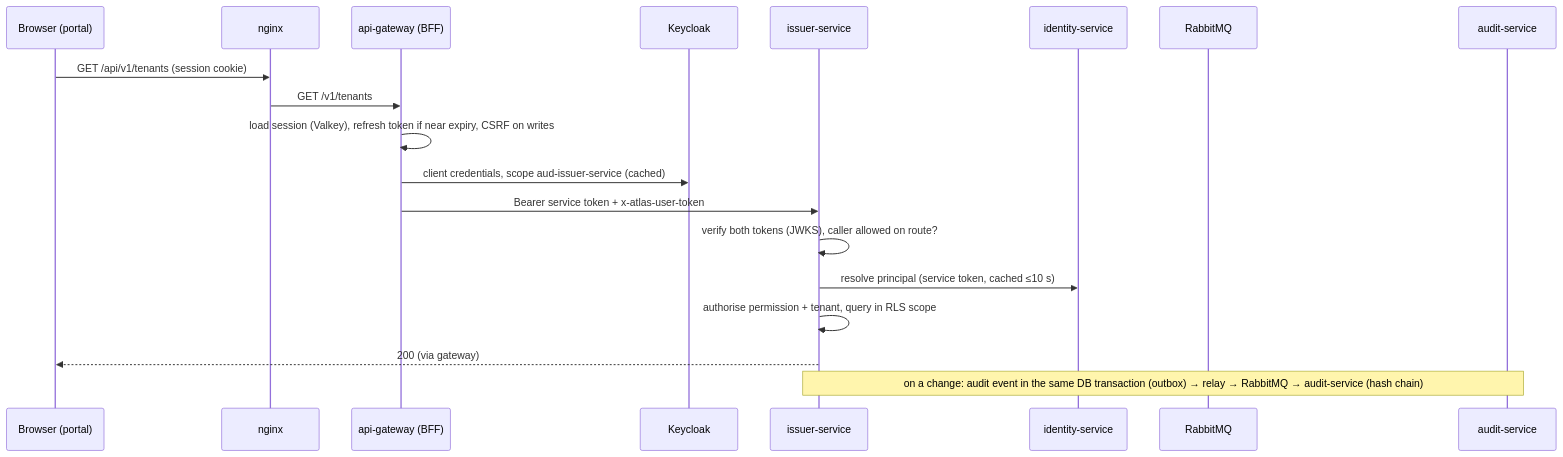
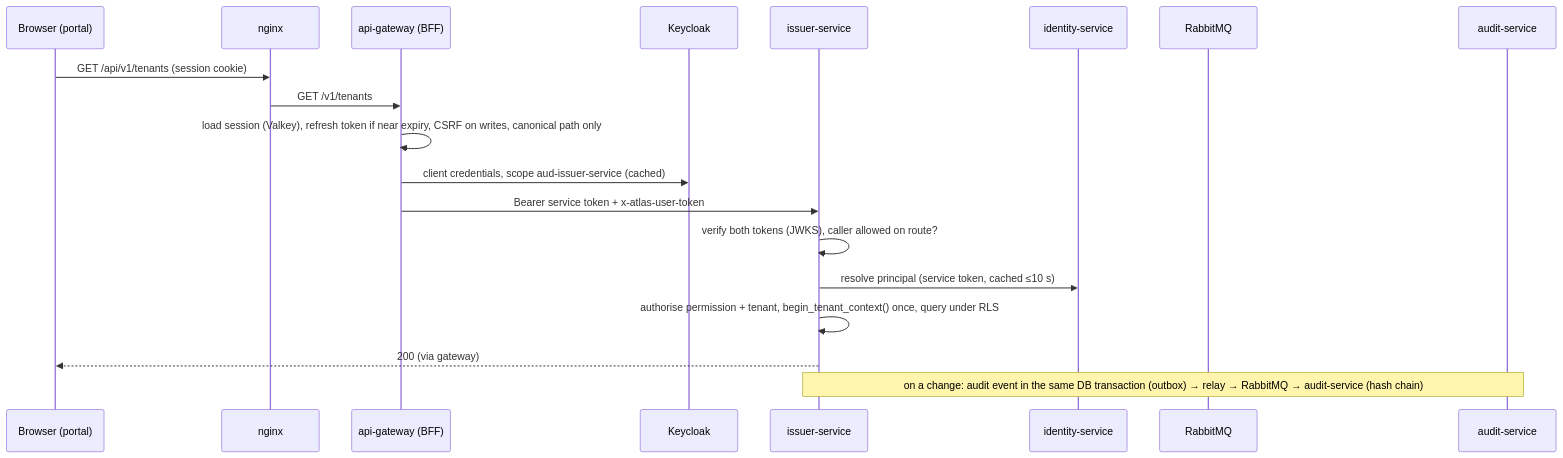
Before and after one commit to 48b2jjvqgd-del/Atlas-ACS: the second of 2 diagrams in docs/architecture/ARCHITECTURE.md, drawn with Mermaid. The commit also changed other lines of this file and 52 other files, not shown here.

````diff
--- a/docs/architecture/ARCHITECTURE.md
+++ b/docs/architecture/ARCHITECTURE.md
@@ -79,21 +79,21 @@
 ```mermaid
 sequenceDiagram
   participant B as Browser (portal)
   participant N as nginx
   participant G as api-gateway (BFF)
   participant K as Keycloak
   participant S as issuer-service
   participant I as identity-service
   participant Q as RabbitMQ
   participant A as audit-service
   B->>N: GET /api/v1/tenants (session cookie)
   N->>G: GET /v1/tenants
-  G->>G: load session (Valkey), refresh token if near expiry, CSRF on writes
+  G->>G: load session (Valkey), refresh token if near expiry, CSRF on writes, canonical path only
   G->>K: client credentials, scope aud-issuer-service (cached)
   G->>S: Bearer service token + x-atlas-user-token
   S->>S: verify both tokens (JWKS), caller allowed on route?
   S->>I: resolve principal (service token, cached ≤10 s)
-  S->>S: authorise permission + tenant, query in RLS scope
+  S->>S: authorise permission + tenant, begin_tenant_context() once, query under RLS
   S-->>B: 200 (via gateway)
   Note over S,A: on a change: audit event in the same DB transaction (outbox) → relay → RabbitMQ → audit-service (hash chain)
 ```
````
